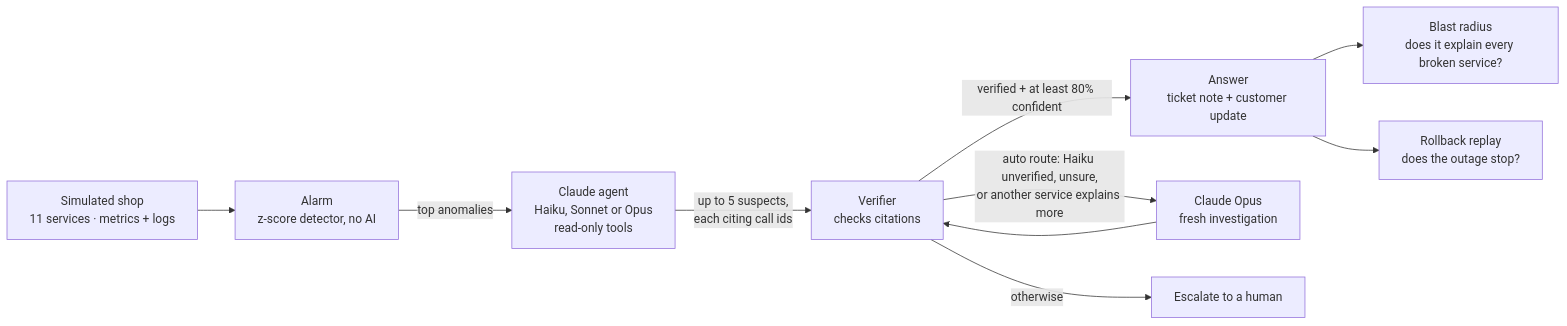
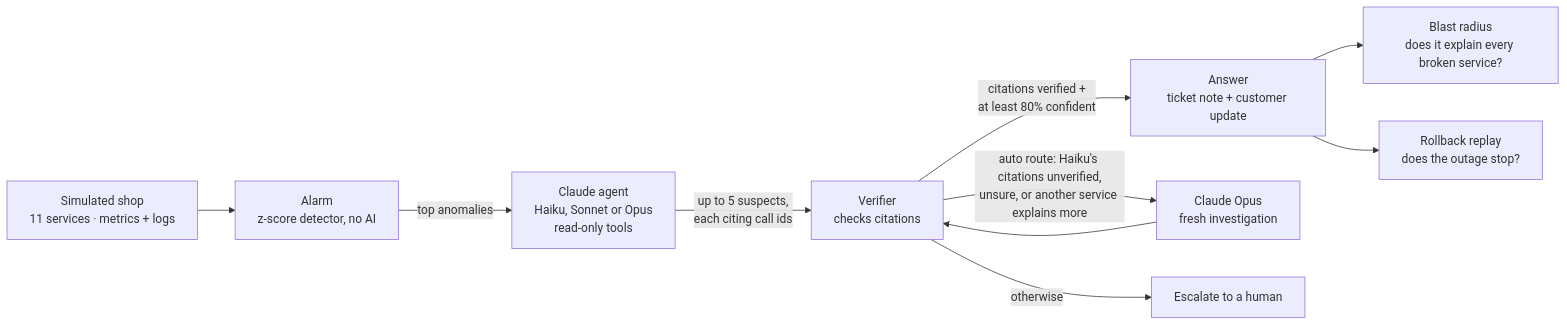
Before and after one commit to shaunmortal/sherlog: the diagram in README.md, drawn with Mermaid. The commit also changed other lines of this file and 1 other file, not shown here.

First line of the commit message:
docs: add the call-graph baseline, a 5-minute evaluation path and a dated build log

````diff
--- a/README.md
+++ b/README.md
@@ -61,12 +86,12 @@
 ```mermaid
 flowchart LR
     S[Simulated shop<br/>11 services · metrics + logs] --> A[Alarm<br/>z-score detector, no AI]
     A -- top anomalies --> G[Claude agent<br/>Haiku, Sonnet or Opus<br/>read-only tools]
     G -- up to 5 suspects,<br/>each citing call ids --> V[Verifier<br/>checks citations]
-    V -- verified + at least 80% confident --> H[Answer<br/>ticket note + customer update]
-    V -- auto route: Haiku unverified, unsure,<br/>or another service explains more --> O[Claude Opus<br/>fresh investigation]
+    V -- citations verified +<br/>at least 80% confident --> H[Answer<br/>ticket note + customer update]
+    V -- auto route: Haiku's citations unverified,<br/>unsure, or another service explains more --> O[Claude Opus<br/>fresh investigation]
     O --> V
     V -- otherwise --> E[Escalate to a human]
     H --> B[Blast radius<br/>does it explain every broken service?]
     H --> R[Rollback replay<br/>does the outage stop?]
 ```
````
